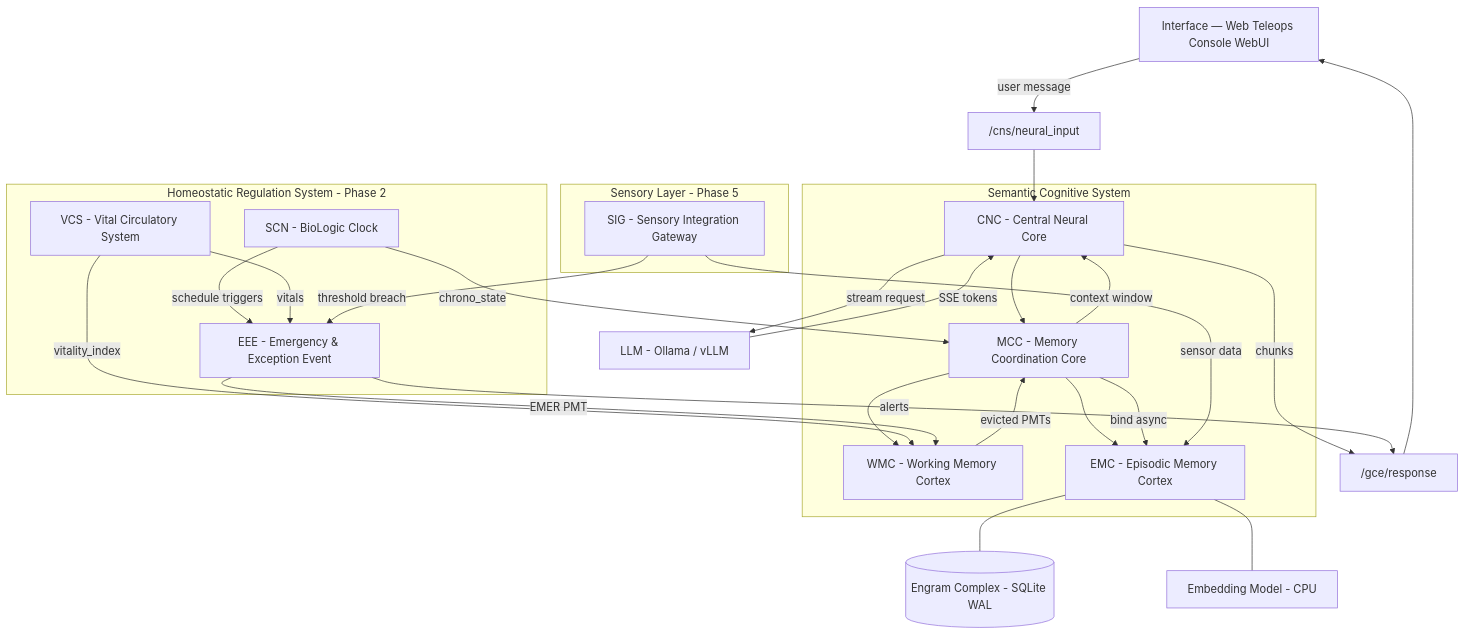
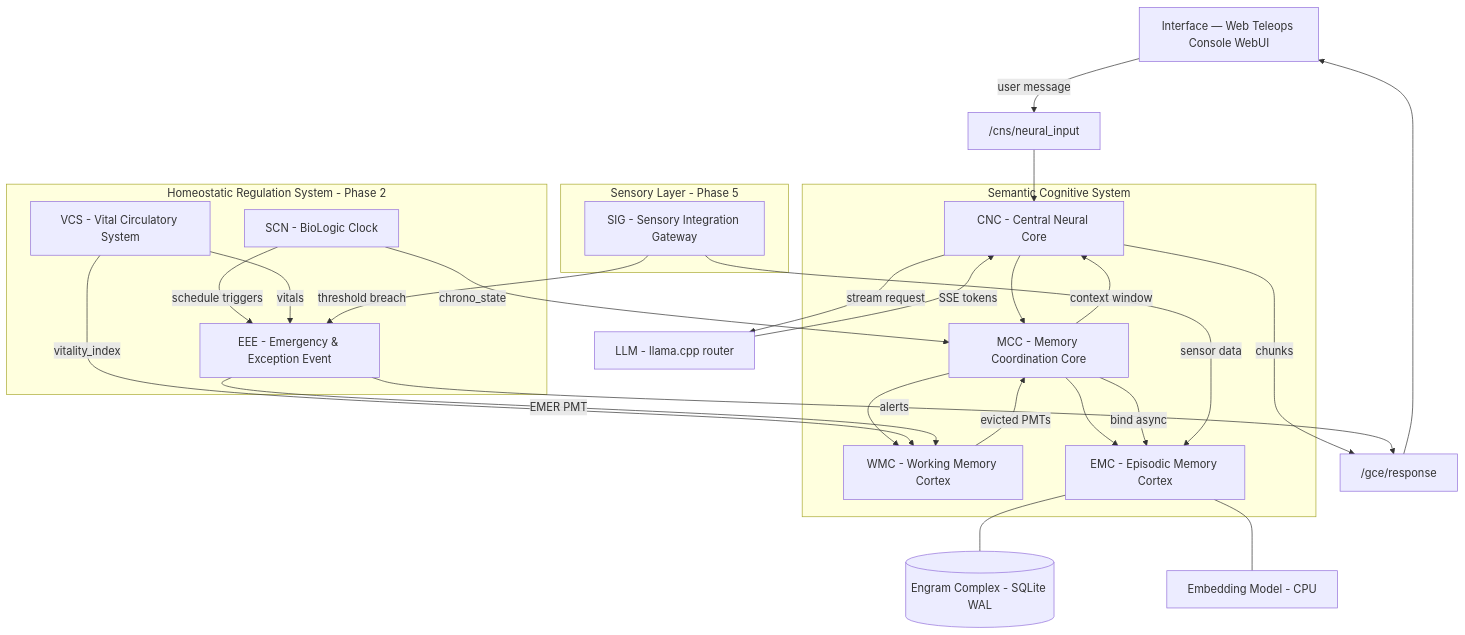
The first of 2 diagrams in README.md (OppaAI/AGi), drawn with Mermaid before and after one commit. The commit also changed other lines of this file and 8 other files, not shown here.

````diff
--- a/README.md
+++ b/README.md
@@ -451,51 +454,51 @@
 ```mermaid
 flowchart TD
     WEB_TELEOPS_CONSOLE[Interface — Web Teleops Console WebUI]
     IN[ /cns/neural_input]
     OUT[ /gce/response]
  
     subgraph SCS[Semantic Cognitive System]
         CNC[CNC - Central Neural Core]
         MCC[MCC - Memory Coordination Core]
         WMC[WMC - Working Memory Cortex]
         EMC[EMC - Episodic Memory Cortex]
     end
  
     subgraph HRS[Homeostatic Regulation System - Phase 2]
         SCN[SCN - BioLogic Clock]
         EEE[EEE - Emergency & Exception Event]
         VCS[VCS - Vital Circulatory System]
     end
  
     subgraph SENS[Sensory Layer - Phase 5]
         SIG[SIG - Sensory Integration Gateway]
     end
  
-    LLM[LLM - Ollama / vLLM]
+    LLM[LLM - llama.cpp router]
     DB[(Engram Complex - SQLite WAL)]
     EMBED[Embedding Model - CPU]
  
     WEB_TELEOPS_CONSOLE -->|user message| IN
     IN --> CNC
     CNC --> MCC
     MCC --> WMC
     MCC --> EMC
     WMC -->|evicted PMTs| MCC
     MCC -->|bind async| EMC
     EMC --- DB
     EMC --- EMBED
     MCC -->|context window| CNC
     CNC -->|stream request| LLM
     LLM -->|SSE tokens| CNC
     CNC -->|chunks| OUT
     OUT --> WEB_TELEOPS_CONSOLE
  
     SCN -->|chrono_state| MCC
     SCN -->|schedule triggers| EEE
     VCS -->|vitals| EEE
     VCS -->|vitality_index| WMC
     EEE -->|EMER PMT| WMC
     EEE -->|alerts| OUT
     SIG -->|sensor data| EMC
     SIG -->|threshold breach| EEE
 ```
````
